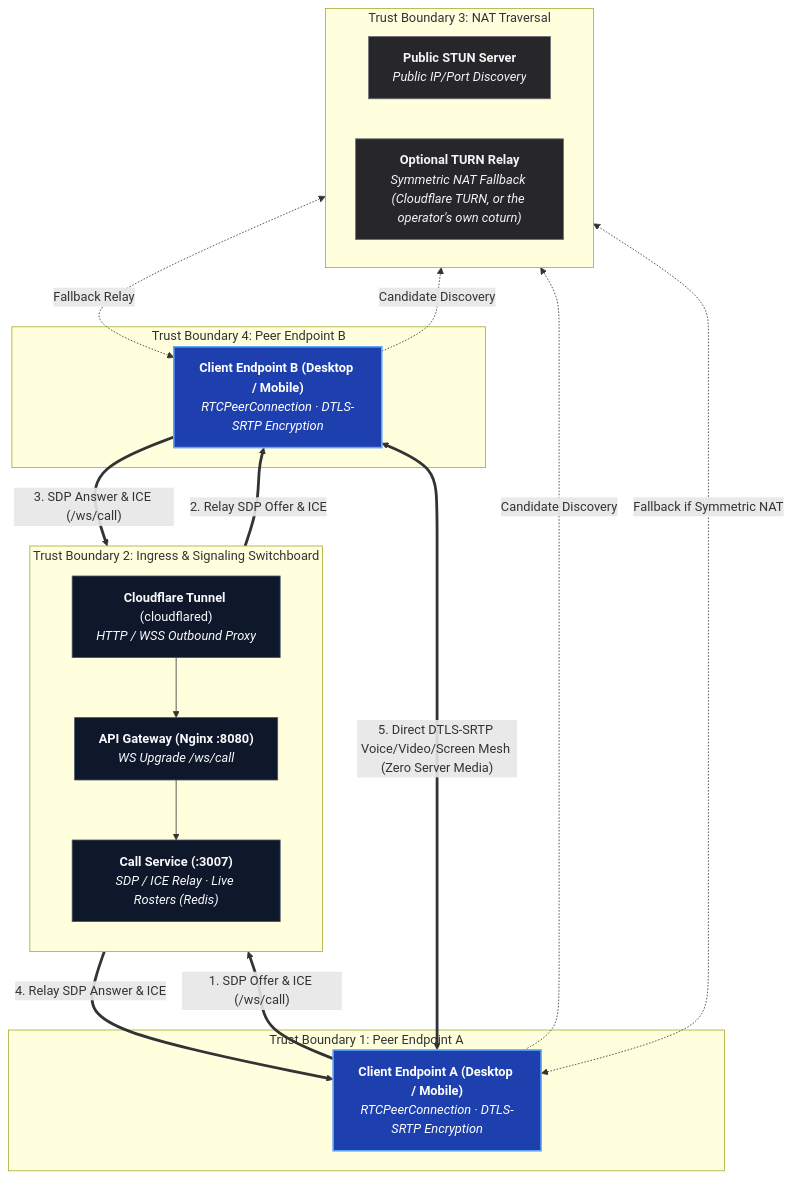
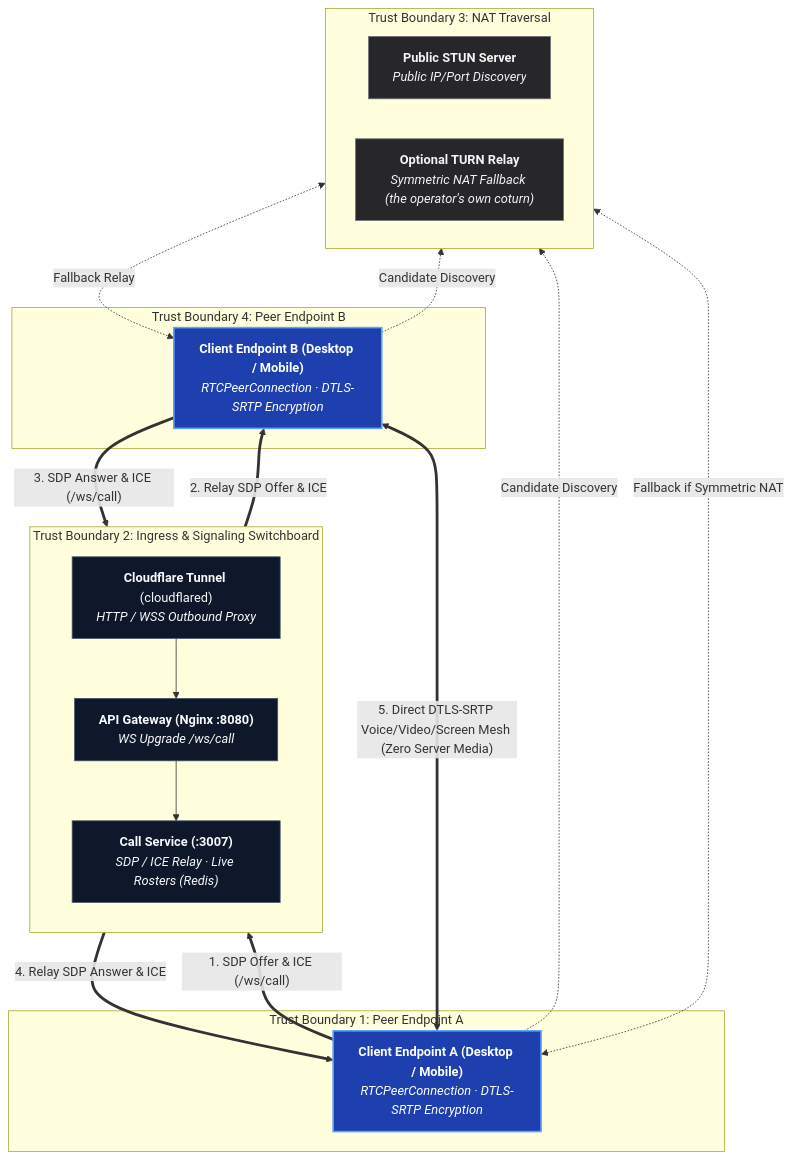
One commit to aiyu-ayaan/BetweenUs changed the first of 2 diagrams in docs/docs/architecture/media.md. Above: the diagram before and after it, drawn with Mermaid. The commit also changed other lines of this file and 4 other files, not shown here.

````diff
--- a/docs/docs/architecture/media.md
+++ b/docs/docs/architecture/media.md
@@ -13,52 +13,52 @@
 ```mermaid
 flowchart TD
     %% TIER 1: CLIENT A
     subgraph TA ["Trust Boundary 1: Peer Endpoint A"]
         ClientA["<b>Client Endpoint A (Desktop / Mobile)</b><br/><i>RTCPeerConnection · DTLS-SRTP Encryption</i>"]
     end
 
     %% TIER 2: SIGNALING GATEWAY
     subgraph TS ["Trust Boundary 2: Ingress & Signaling Switchboard"]
         direction TB
         CFTunnel["<b>Cloudflare Tunnel</b> (cloudflared)<br/><i>HTTP / WSS Outbound Proxy</i>"]
         Gateway["<b>API Gateway (Nginx :8080)</b><br/><i>WS Upgrade /ws/call</i>"]
         CallSvc["<b>Call Service (:3007)</b><br/><i>SDP / ICE Relay · Live Rosters (Redis)</i>"]
         CFTunnel --> Gateway --> CallSvc
     end
 
     %% TIER 3: EXTERNAL NAT TRAVERSAL
     subgraph TN ["Trust Boundary 3: NAT Traversal"]
         direction LR
         STUN["<b>Public STUN Server</b><br/><i>Public IP/Port Discovery</i>"]
-        TURN["<b>Optional TURN Relay</b><br/><i>Symmetric NAT Fallback (Cloudflare TURN, or the operator's own coturn)</i>"]
+        TURN["<b>Optional TURN Relay</b><br/><i>Symmetric NAT Fallback (the operator's own coturn)</i>"]
     end
 
     %% TIER 4: CLIENT B
     subgraph TB ["Trust Boundary 4: Peer Endpoint B"]
         ClientB["<b>Client Endpoint B (Desktop / Mobile)</b><br/><i>RTCPeerConnection · DTLS-SRTP Encryption</i>"]
     end
 
     %% SIGNALING PATH (OVER WSS)
     ClientA ==>|"1. SDP Offer & ICE (/ws/call)"| CFTunnel
     CallSvc ==>|"2. Relay SDP Offer & ICE"| ClientB
     ClientB ==>|"3. SDP Answer & ICE (/ws/call)"| CFTunnel
     CallSvc ==>|"4. Relay SDP Answer & ICE"| ClientA
 
     %% NAT DISCOVERY
     ClientA -.->|"Candidate Discovery"| STUN
     ClientB -.->|"Candidate Discovery"| STUN
 
     %% DIRECT MEDIA PATH (BYPASSES BACKEND ENTIRELY)
     ClientA <===>|"5. Direct DTLS-SRTP Voice/Video/Screen Mesh (Zero Server Media)"| ClientB
     ClientA <-.->|"Fallback if Symmetric NAT"| TURN
     TURN <-.->|"Fallback Relay"| ClientB
 
     %% Styling
     classDef primary fill:#1e40af,stroke:#60a5fa,stroke-width:2px,color:#ffffff;
     classDef service fill:#0f172a,stroke:#475569,stroke-width:1px,color:#f8fafc;
     classDef ext fill:#27272a,stroke:#71717a,stroke-width:1px,color:#f4f4f5;
 
     class ClientA,ClientB primary;
     class CFTunnel,Gateway,CallSvc service;
     class STUN,TURN ext;
 ```
````
